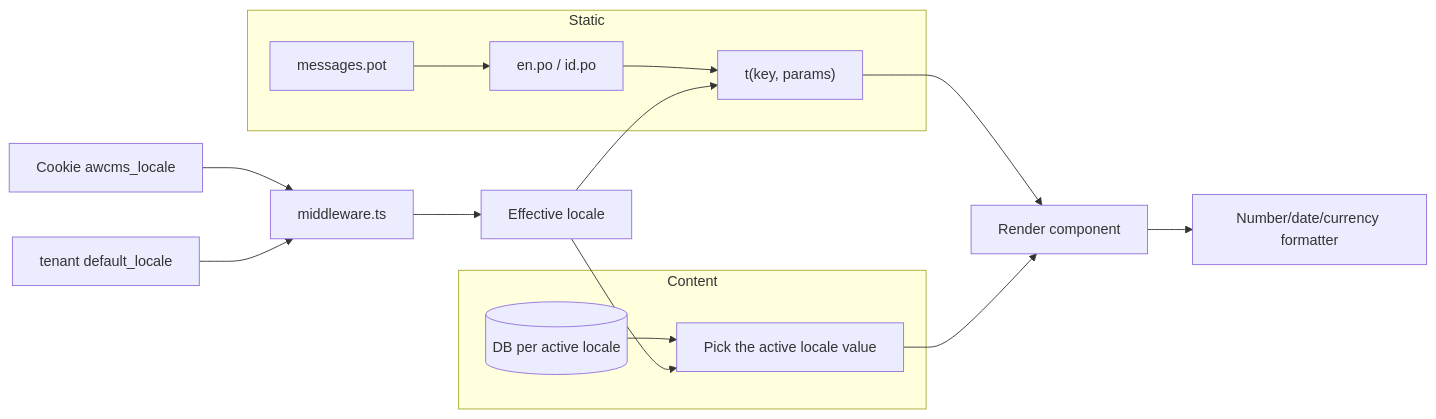
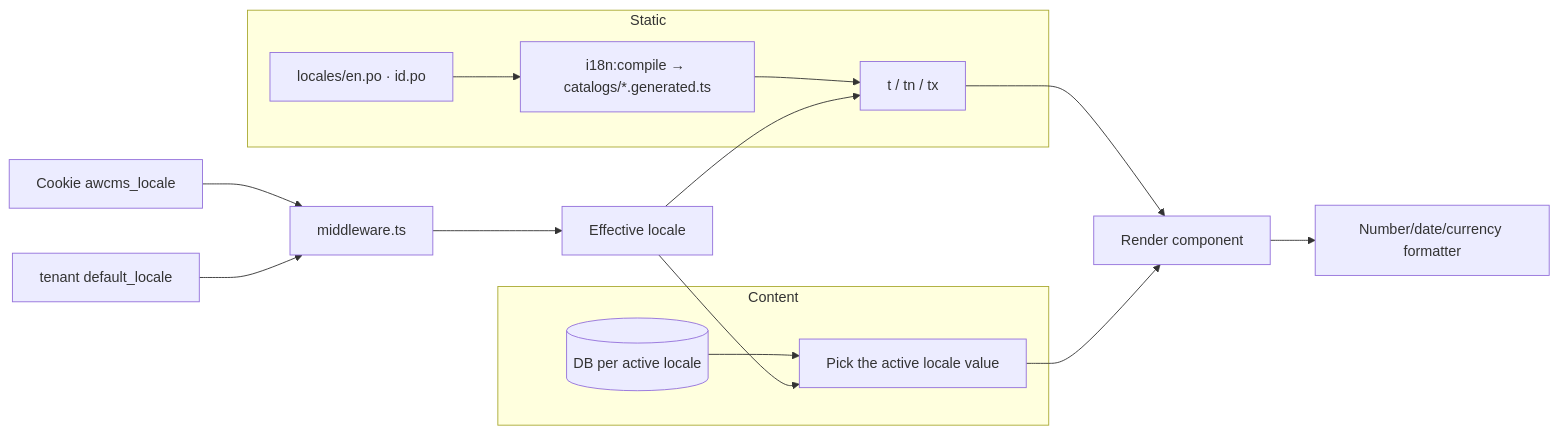
One commit to ahliweb/awcms changed the fourth of 4 diagrams in docs/awcms/14_ui_ux_design_system.md. Above: the diagram before and after it, drawn with Mermaid. The commit also changed other lines of this file and 114 other files, not shown here.

````diff
--- a/docs/awcms/14_ui_ux_design_system.md
+++ b/docs/awcms/14_ui_ux_design_system.md
@@ -333,18 +382,18 @@
 ```mermaid
 flowchart LR
   subgraph Static
-    POT[messages.pot] --> PO[en.po / id.po]
-    PO --> T["t(key, params)"]
+    PO[locales/en.po · id.po] --> Gen["i18n:compile → catalogs/*.generated.ts"]
+    Gen --> T["t / tn / tx"]
   end
   subgraph Content
     DB[(DB per active locale)] --> Pick[Pick the active locale value]
   end
   Cookie[Cookie awcms_locale] --> Mid[middleware.ts]
   Tenant[tenant default_locale] --> Mid
   Mid --> Loc[Effective locale]
   Loc --> T
   Loc --> Pick
   T --> Render[Render component]
   Pick --> Render
   Render --> Fmt[Number/date/currency formatter]
 ```
````
